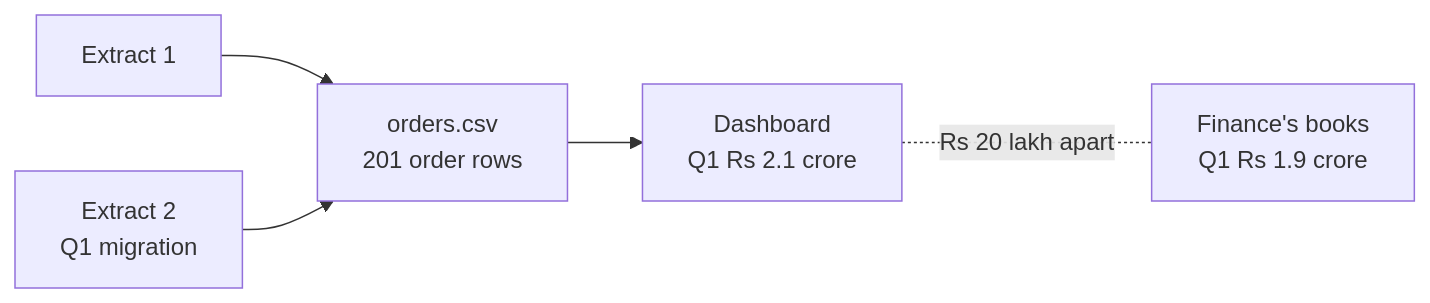
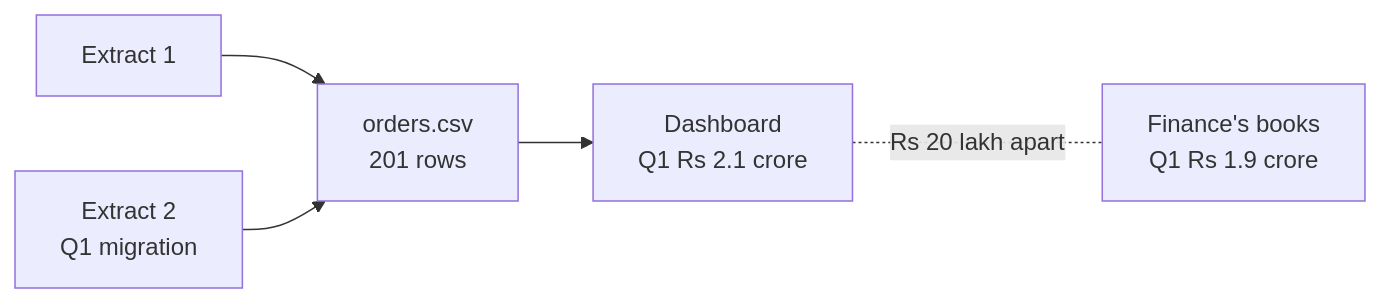
Before and after one commit to fde-academy-lab/c2-content-factory: the second of 6 diagrams in content/W01/SAT/paper/C2_W01_SAT_recap_paper_STUDENT.md, drawn with Mermaid. The commit also changed other lines of this file and 7 other files, not shown here.

````diff
--- a/content/W01/SAT/paper/C2_W01_SAT_recap_paper_STUDENT.md
+++ b/content/W01/SAT/paper/C2_W01_SAT_recap_paper_STUDENT.md
@@ -187,8 +194,8 @@
 ```mermaid
 flowchart LR
-  E1["Extract 1"] --> CSV["orders.csv<br/>201 order rows"]
+  E1["Extract 1"] --> CSV["orders.csv<br/>201 rows"]
   E2["Extract 2<br/>Q1 migration"] --> CSV
   CSV --> D["Dashboard<br/>Q1 Rs 2.1 crore"]
   B["Finance's books<br/>Q1 Rs 1.9 crore"]
   D -.-|"Rs 20 lakh apart"| B
 ```
````
